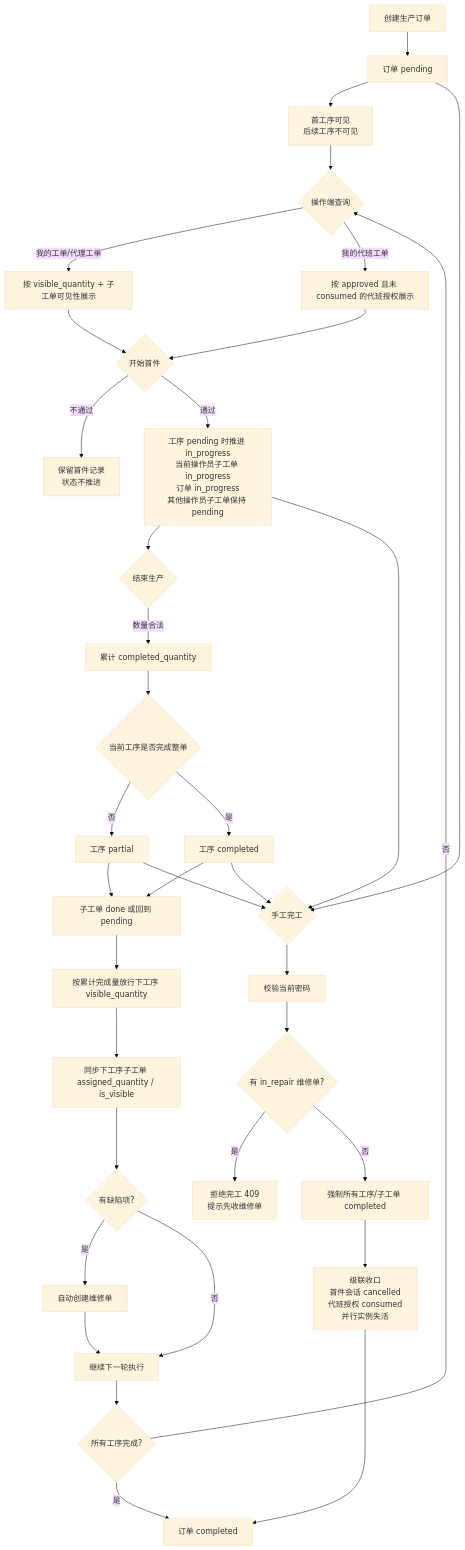
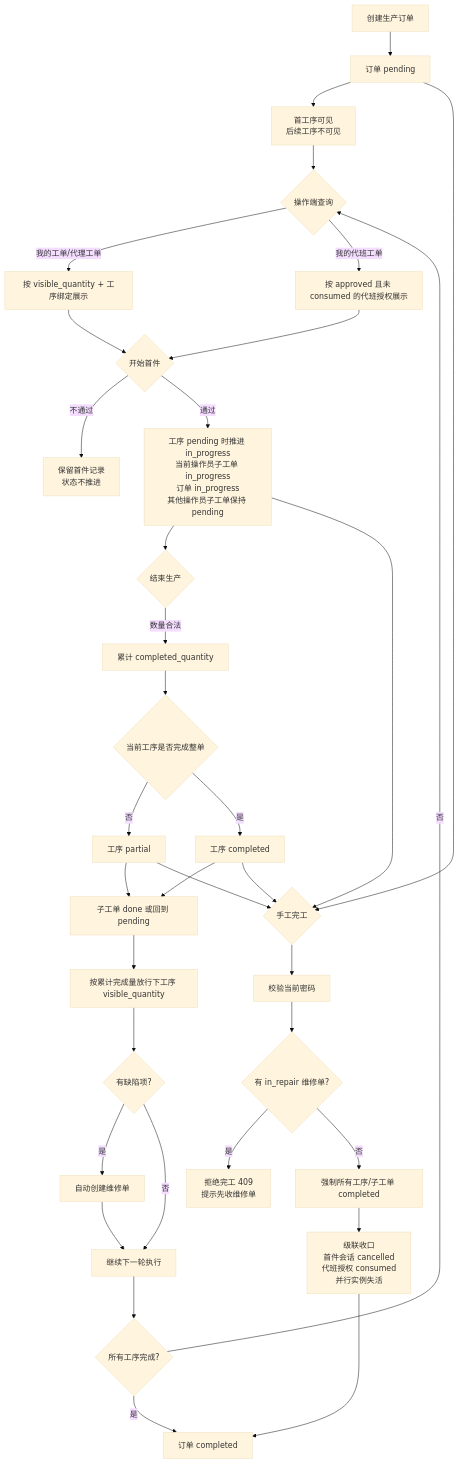
Before and after one commit to donkilove/ZYKJ_MES: the second of 3 diagrams in docs/生产订单流转/03-生产订单流转思维导图.md, drawn with Mermaid (base theme). The commit also changed other lines of this file and 3 other files, not shown here.

````diff
--- a/docs/生产订单流转/03-生产订单流转思维导图.md
+++ b/docs/生产订单流转/03-生产订单流转思维导图.md
@@ -113,43 +110,42 @@
 ```mermaid
 flowchart TD
     A[创建生产订单] --> B[订单 pending]
     B --> C[首工序可见<br/>后续工序不可见]
     C --> D{操作端查询}
-    D -->|我的工单/代理工单| E[按 visible_quantity + 子工单可见性展示]
+    D -->|我的工单/代理工单| E[按 visible_quantity + 工序绑定展示]
     D -->|我的代班工单| F[按 approved 且未 consumed 的代班授权展示]
 
     E --> G{开始首件}
     F --> G
     G -->|不通过| H[保留首件记录<br/>状态不推进]
     G -->|通过| I[工序 pending 时推进 in_progress<br/>当前操作员子工单 in_progress<br/>订单 in_progress<br/>其他操作员子工单保持 pending]
 
     I --> J{结束生产}
     J -->|数量合法| K[累计 completed_quantity]
     K --> L{当前工序是否完成整单}
     L -->|否| M[工序 partial]
     L -->|是| N[工序 completed]
 
     M --> O[子工单 done 或回到 pending]
     N --> O
     O --> P[按累计完成量放行下工序 visible_quantity]
-    P --> Q[同步下工序子工单 assigned_quantity / is_visible]
-    Q --> R{有缺陷项?}
+    P --> R{有缺陷项?}
     R -->|是| S[自动创建维修单]
     R -->|否| T[继续下一轮执行]
     S --> T
 
     T --> U{所有工序完成?}
     U -->|否| D
     U -->|是| V[订单 completed]
 
     B --> W{手工完工}
     I --> W
     M --> W
     N --> W
     W --> X[校验当前密码]
     X --> X1{有 in_repair 维修单?}
     X1 -->|是| X2[拒绝完工 409<br/>提示先收维修单]
     X1 -->|否| Y[强制所有工序/子工单 completed]
     Y --> Y1[级联收口<br/>首件会话 cancelled<br/>代班授权 consumed<br/>并行实例失活]
     Y1 --> V
 ```
````
